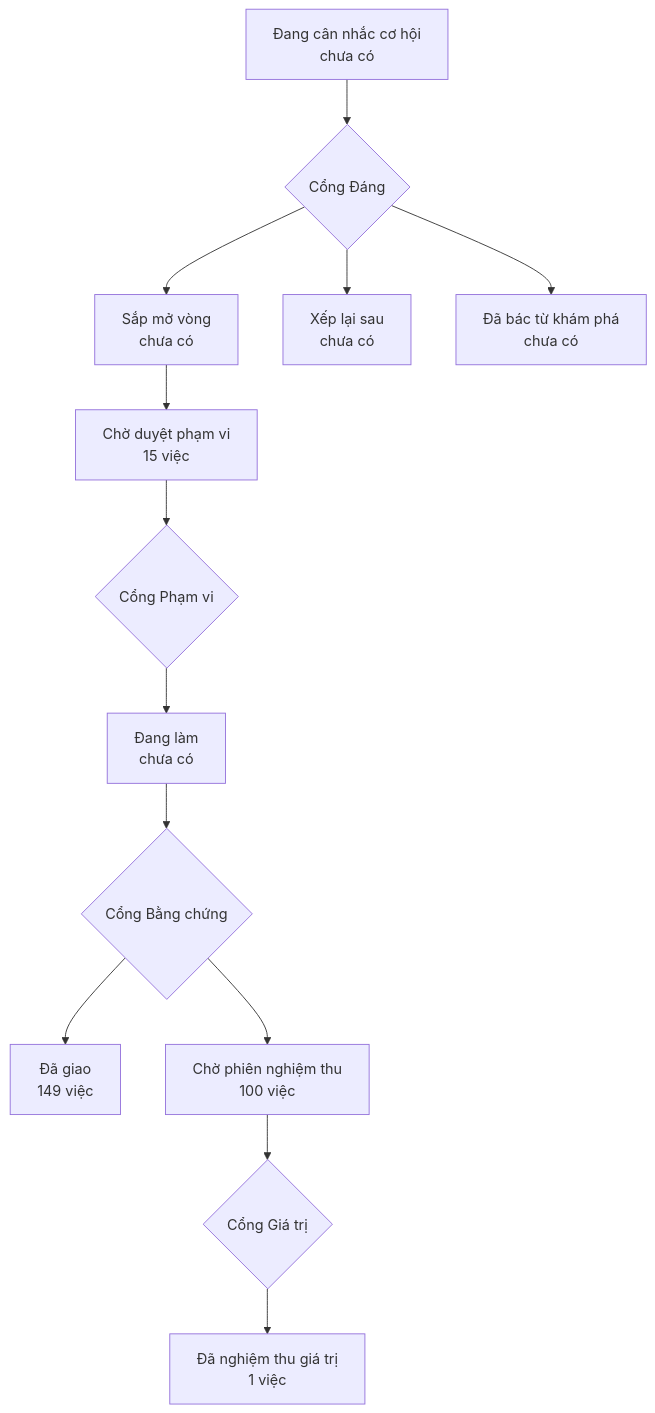
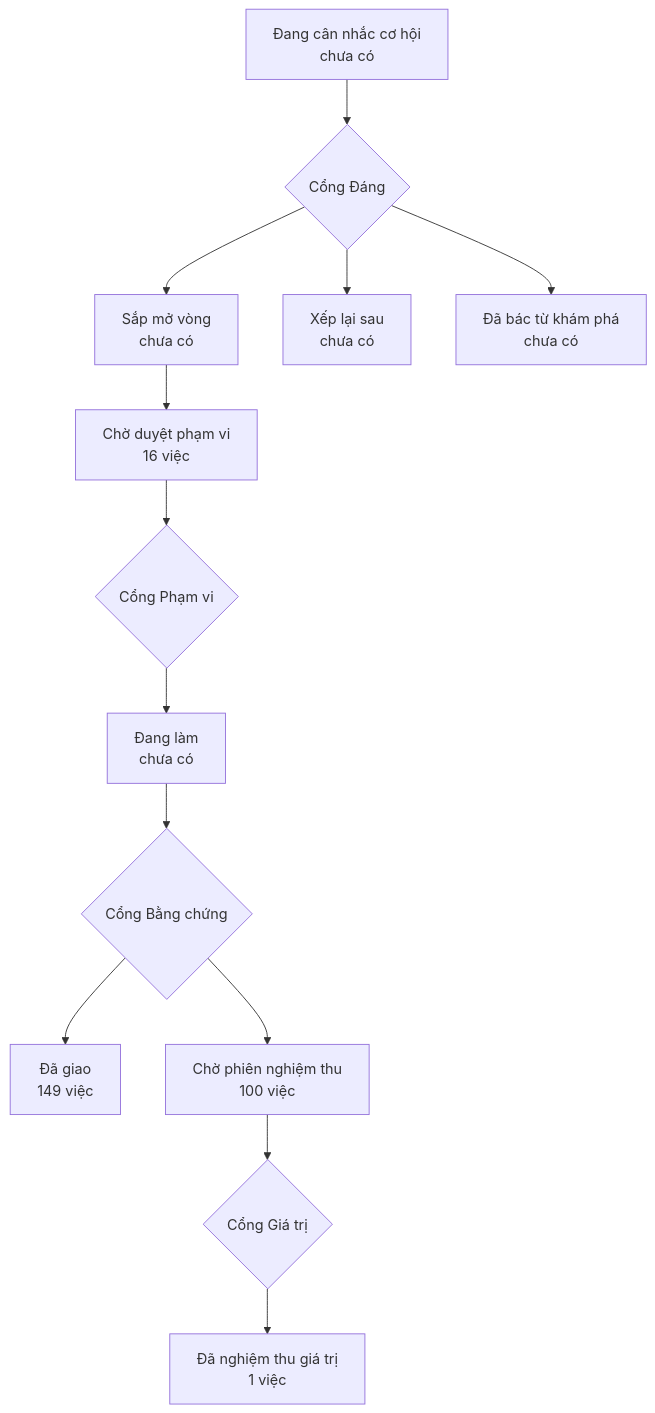
Before and after one commit to phanlemanh/onehub-invest: the diagram in PRODUCT-MAP.md, drawn with Mermaid. The commit also changed other lines of this file and 5 other files, not shown here.

````diff
--- a/PRODUCT-MAP.md
+++ b/PRODUCT-MAP.md
@@ -7,12 +7,12 @@
 ```mermaid
 flowchart TD
   A["Đang cân nhắc cơ hội<br/>chưa có"] --> GD{"Cổng Đáng"}
   GD --> B["Sắp mở vòng<br/>chưa có"]
   GD --> XL["Xếp lại sau<br/>chưa có"]
   GD --> DB["Đã bác từ khám phá<br/>chưa có"]
-  B --> CD["Chờ duyệt phạm vi<br/>15 việc"] --> GP{"Cổng Phạm vi"}
+  B --> CD["Chờ duyệt phạm vi<br/>16 việc"] --> GP{"Cổng Phạm vi"}
   GP --> DL["Đang làm<br/>chưa có"] --> GB{"Cổng Bằng chứng"}
   GB --> DG["Đã giao<br/>149 việc"]
   GB --> CN["Chờ phiên nghiệm thu<br/>100 việc"] --> GG{"Cổng Giá trị"}
   GG --> NT["Đã nghiệm thu giá trị<br/>1 việc"]
 ```
````
